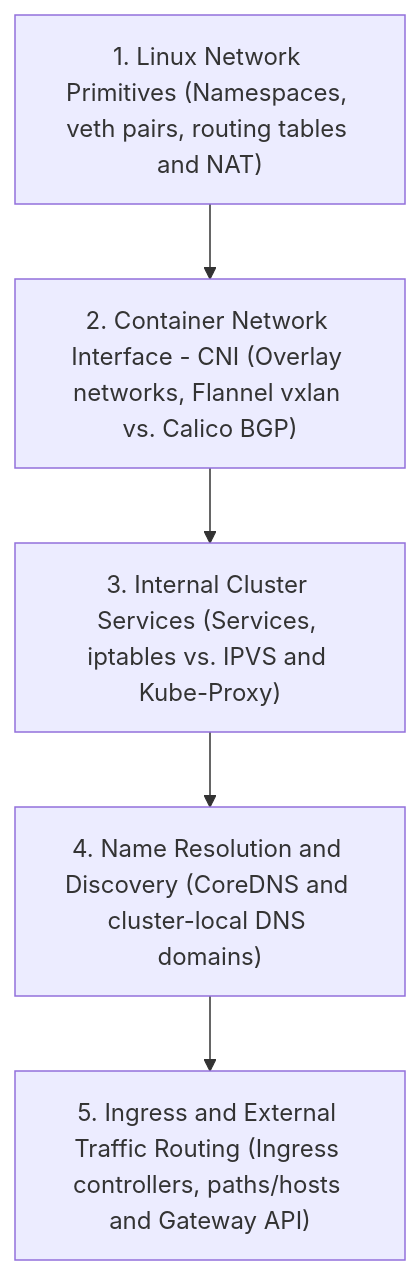
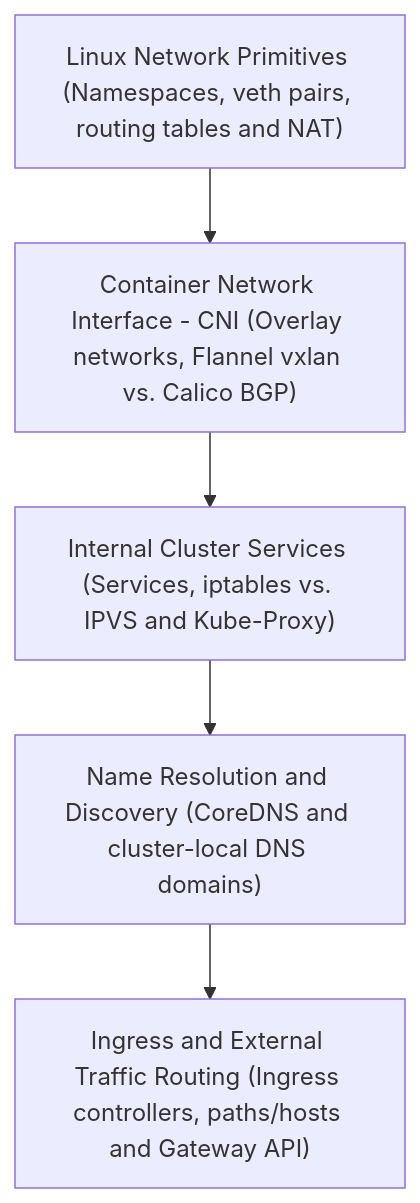
One commit to kmashour/BrainDump changed the first of 5 diagrams in Reference Notes/10_networking_dns_and_ingress.md. Above: the diagram before and after it, drawn with Mermaid. The commit also changed 15 other files, not shown here.

Commit message:
docs: remove leading numbers from mermaid node labels to avoid list parsing errors

````diff
--- a/Reference Notes/10_networking_dns_and_ingress.md
+++ b/Reference Notes/10_networking_dns_and_ingress.md
@@ -11,7 +11,7 @@
 ```mermaid
 graph TD
-    A["1. Linux Network Primitives (Namespaces, veth pairs, routing tables and NAT)"] --> B["2. Container Network Interface - CNI (Overlay networks, Flannel vxlan vs. Calico BGP)"]
-    B --> C["3. Internal Cluster Services (Services, iptables vs. IPVS and Kube-Proxy)"]
-    C --> D["4. Name Resolution and Discovery (CoreDNS and cluster-local DNS domains)"]
-    D --> E["5. Ingress and External Traffic Routing (Ingress controllers, paths/hosts and Gateway API)"]
+    A["Linux Network Primitives (Namespaces, veth pairs, routing tables and NAT)"] --> B["Container Network Interface - CNI (Overlay networks, Flannel vxlan vs. Calico BGP)"]
+    B --> C["Internal Cluster Services (Services, iptables vs. IPVS and Kube-Proxy)"]
+    C --> D["Name Resolution and Discovery (CoreDNS and cluster-local DNS domains)"]
+    D --> E["Ingress and External Traffic Routing (Ingress controllers, paths/hosts and Gateway API)"]
 ```
````
